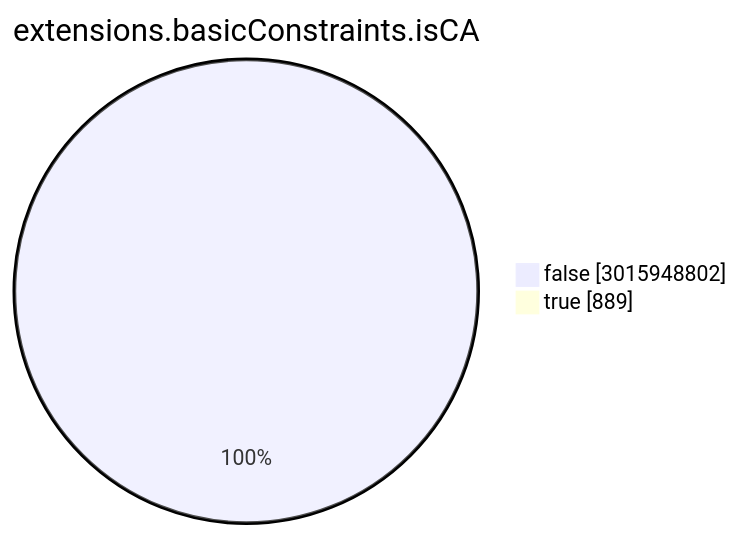
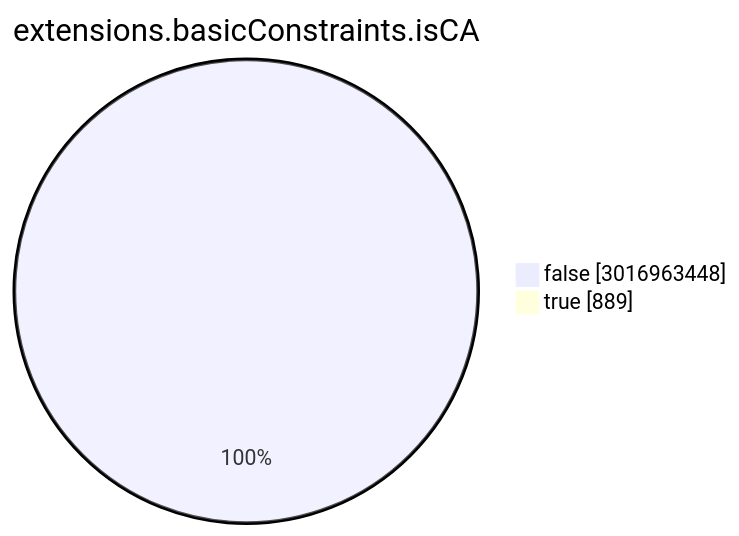
One commit to christiankrug/ctmonitor_visualization changed the seventh of 15 diagrams in TOTAL/README.md. Above: the diagram before and after it, drawn with Mermaid. The commit also changed other lines of this file, not shown here.

````diff
--- a/TOTAL/README.md
+++ b/TOTAL/README.md
@@ -3084,6 +3085,6 @@
 ```mermaid
 pie showData
 title extensions.basicConstraints.isCA
-"false" :3015948802
+"false" :3016963448
 "true" :889
 ```
````
